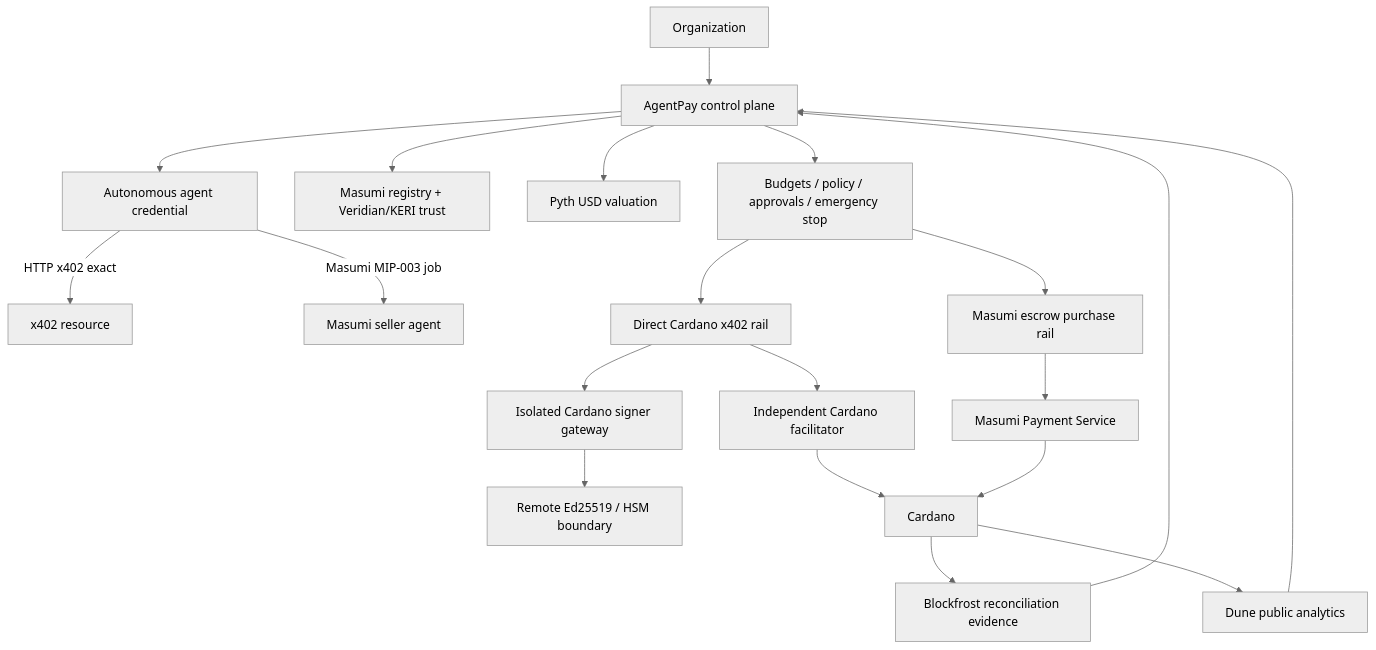
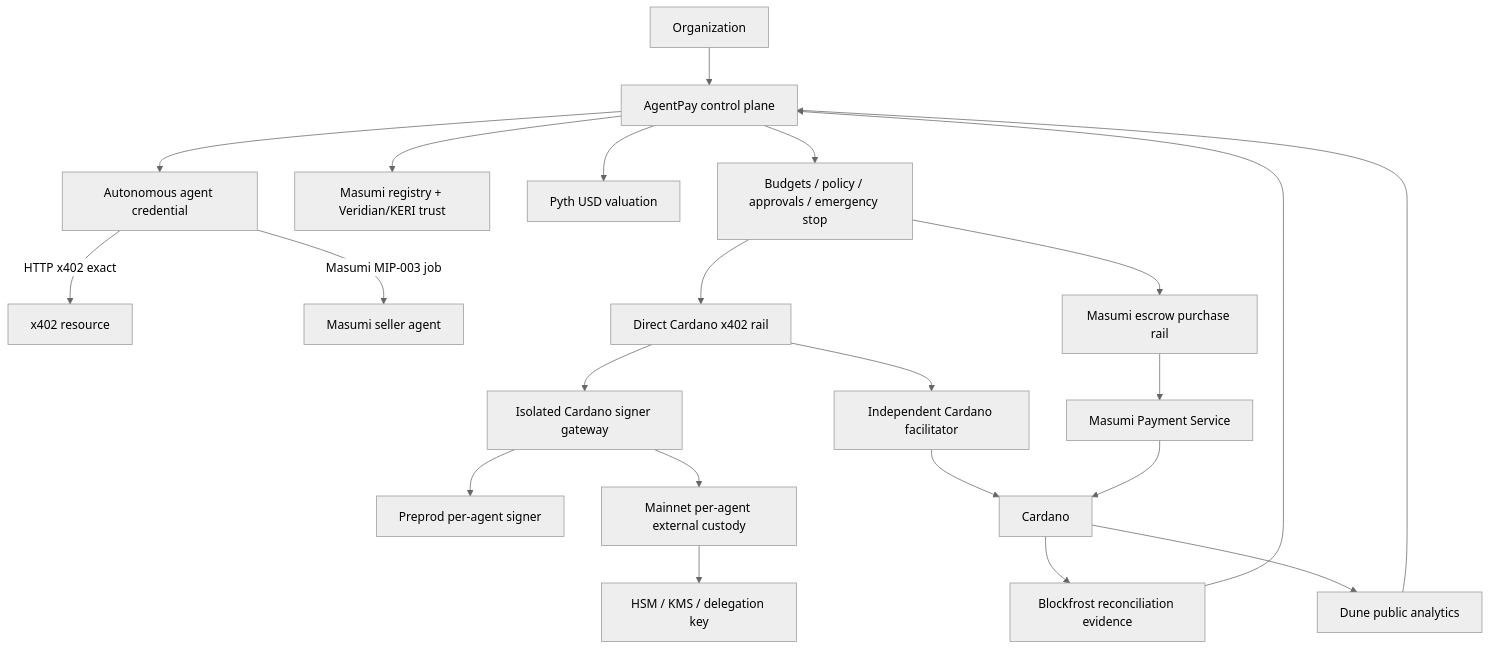
The diagram in docs/catalyst/architecture.md (Daniel419797/agentpay-control), drawn with Mermaid (neutral theme) before and after one commit. The commit also changed other lines of this file, not shown here.

Commit message:
Align Catalyst architecture with per-agent mainnet custody

````diff
--- a/docs/catalyst/architecture.md
+++ b/docs/catalyst/architecture.md
@@ -7,22 +7,24 @@
 ```mermaid
 flowchart TD
   Org[Organization] --> AP[AgentPay control plane]
   AP --> Policy[Budgets / policy / approvals / emergency stop]
   AP --> Identity[Masumi registry + Veridian/KERI trust]
   AP --> Oracle[Pyth USD valuation]
   AP --> Agent[Autonomous agent credential]
   Agent -->|HTTP x402 exact| Resource[x402 resource]
   Agent -->|Masumi MIP-003 job| Seller[Masumi seller agent]
   Policy --> Direct[Direct Cardano x402 rail]
   Policy --> Escrow[Masumi escrow purchase rail]
   Direct --> Signer[Isolated Cardano signer gateway]
-  Signer --> HSM[Remote Ed25519 / HSM boundary]
+  Signer --> Preprod[Preprod per-agent signer]
+  Signer --> Mainnet[Mainnet per-agent external custody]
+  Mainnet --> HSM[HSM / KMS / delegation key]
   Direct --> Facilitator[Independent Cardano facilitator]
   Facilitator --> Cardano[Cardano]
   Escrow --> MasumiPay[Masumi Payment Service]
   MasumiPay --> Cardano
   Cardano --> Blockfrost[Blockfrost reconciliation evidence]
   Cardano --> Dune[Dune public analytics]
   Blockfrost --> AP
   Dune --> AP
 ```
````
